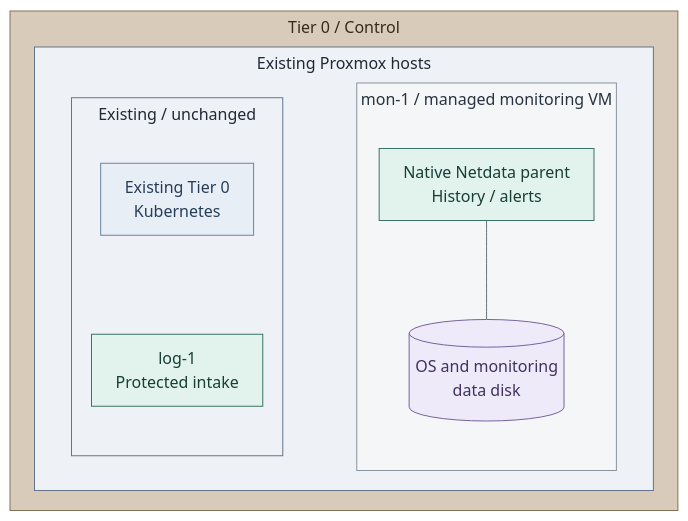
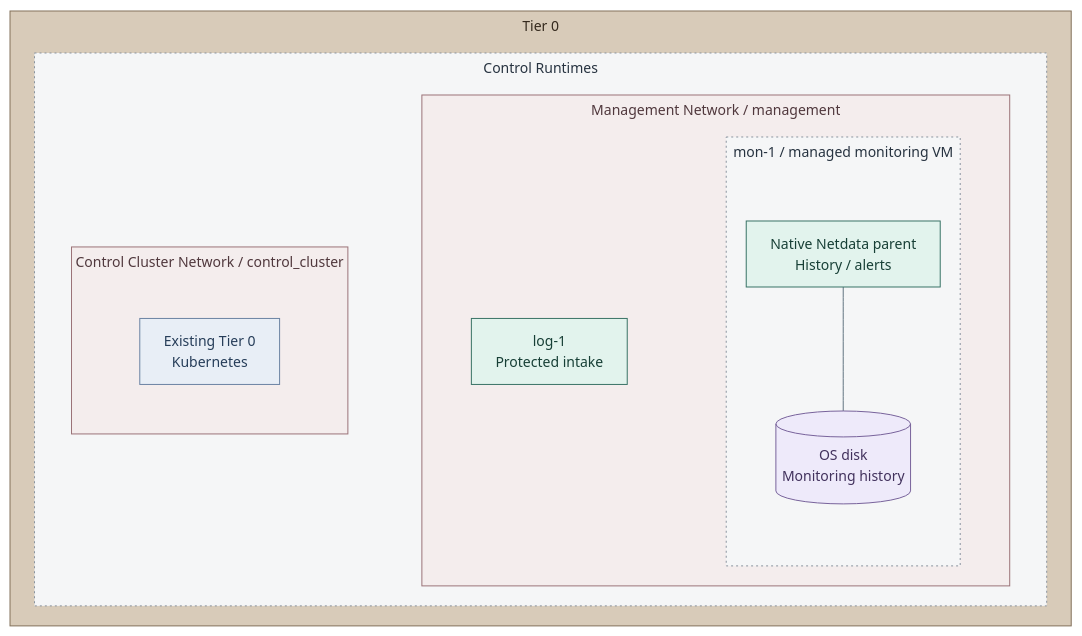
Before and after one commit to Rexus/homelab: the first of 3 diagrams in docs/03-deployment/stage-6-secrets/procedures/independent-monitoring.md, drawn with Mermaid. The commit also changed other lines of this file and 124 other files, not shown here.

First line of the commit message:
fix(platform): align service diagrams and directory failover

````diff
--- a/docs/03-deployment/stage-6-secrets/procedures/independent-monitoring.md
+++ b/docs/03-deployment/stage-6-secrets/procedures/independent-monitoring.md
@@ -17,36 +17,41 @@
 ```mermaid
-%%{init: {"theme":"base","flowchart":{"nodeSpacing":20,"rankSpacing":24,"padding":12,"subGraphTitleMargin":{"top":4,"bottom":12}},"themeVariables":{"lineColor":"#627581","edgeLabelBackground":"#f8fafc"}}}%%
+%%{init: {"theme":"base","flowchart":{"nodeSpacing":20,"rankSpacing":24,"padding":12,"subGraphTitleMargin":{"top":4,"bottom":18}},"themeVariables":{"lineColor":"#627581","edgeLabelBackground":"#f8fafc","fontFamily":"Arial, sans-serif","fontSize":"14px"},"fontFamily":"Arial, sans-serif"}}%%
 flowchart TB
-  subgraph T0["Tier 0 / Control"]
-    subgraph PVE["Existing Proxmox hosts"]
+  subgraph T0["Tier 0"]
+    subgraph Placement["Control Runtimes"]
       direction LR
-      subgraph Context["Existing / unchanged"]
-        direction TB
+      subgraph ControlNetwork["Control Cluster Network / control_cluster"]
         Cluster["Existing Tier 0<br/>Kubernetes"]
+      end
+      subgraph ManagementNetwork["Management Network / management"]
+        direction LR
         Existing["log-1<br/>Protected intake"]
-        Cluster ~~~ Existing
+        subgraph Project["mon-1 / managed monitoring VM"]
+          direction TB
+          Host["Native Netdata parent<br/>History / alerts"]
+          Disk[("OS disk<br/>Monitoring history")]
+          Host --- Disk
+        end
+        Existing ~~~ Project
       end
-      subgraph Project["mon-1 / managed monitoring VM"]
-        direction TB
-        Host["Native Netdata parent<br/>History / alerts"]
-        Disk[("OS and monitoring<br/>data disk")]
-        Host --- Disk
-      end
-      Context ~~~ Project
+      ControlNetwork ~~~ ManagementNetwork
     end
   end
   classDef default fill:#f8fafc,stroke:#64748b,color:#1f2937
   classDef kubernetes fill:#e8eef6,stroke:#6b83a3,color:#263d59
   class Cluster kubernetes
   classDef data fill:#eeeafa,stroke:#78639b,color:#42325d
   classDef control fill:#e2f3ed,stroke:#397366,color:#173f36
   classDef services fill:#e7f0fc,stroke:#4d719b,color:#203a5b
   classDef boundary fill:#eef2f6,stroke:#64748b,color:#1f2937
-  classDef group fill:#f5f6f7,stroke:#89939e,color:#273340
+  classDef group fill:#f5f6f7,stroke:#89939e,color:#273340,stroke-dasharray:2 3
   class Disk data
   class Existing,Host control
-  class PVE,Context boundary
+  class Placement group
+  classDef zoneControl fill:#c9e0d5,stroke:#397366,color:#173f36
   class Project group
   classDef tier0 fill:#d8cbb9,stroke:#83715a,color:#352a1e
   class T0 tier0
+  classDef network fill:#f4eded,stroke:#9b7378,color:#50383d
+  class ControlNetwork,ManagementNetwork network
 ```
````
